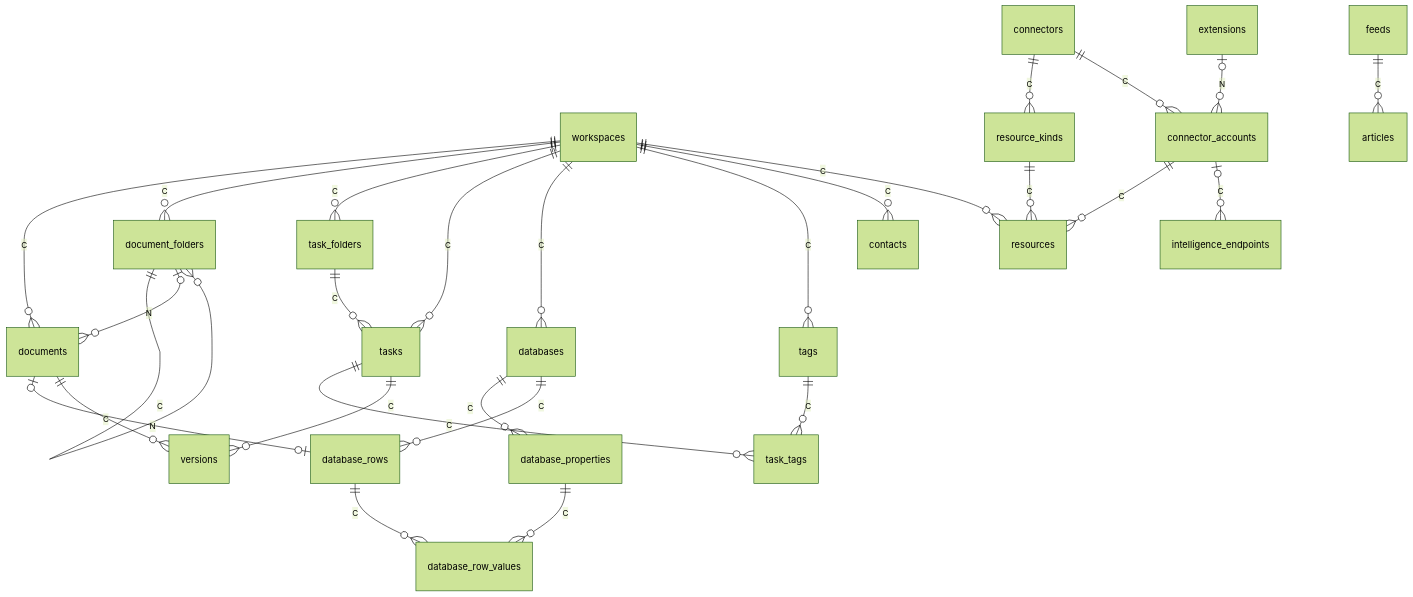
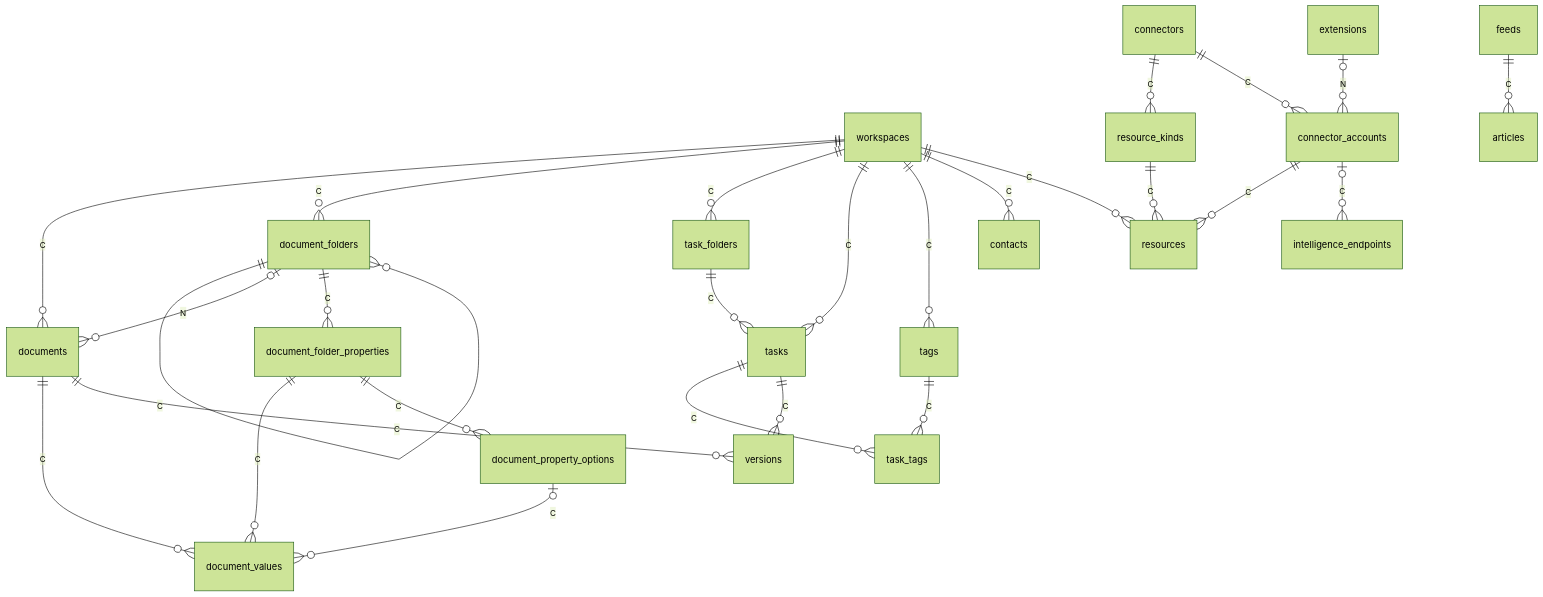
Before and after one commit to cohesionhq/cohesion: the sixth of 10 diagrams in docs/architecture.md, drawn with Mermaid (forest theme). The commit also changed other lines of this file and 135 other files, not shown here.

````diff
--- a/docs/architecture.md
+++ b/docs/architecture.md
@@ -1045,30 +1108,29 @@
 ```mermaid
 erDiagram
   workspaces ||--o{ documents : C
   workspaces ||--o{ document_folders : C
   document_folders ||--o{ document_folders : C
   document_folders |o--o{ documents : N
   workspaces ||--o{ task_folders : C
   workspaces ||--o{ tasks : C
-  workspaces ||--o{ databases : C
-  databases ||--o{ database_properties : C
-  databases ||--o{ database_rows : C
-  database_rows ||--o{ database_row_values : C
-  database_properties ||--o{ database_row_values : C
-  documents |o--o| database_rows : N
+  document_folders ||--o{ document_folder_properties : C
+  document_folder_properties ||--o{ document_values : C
+  document_folder_properties ||--o{ document_property_options : C
+  document_property_options |o--o{ document_values : C
+  documents ||--o{ document_values : C
   task_folders ||--o{ tasks : C
   workspaces ||--o{ tags : C
   tasks ||--o{ task_tags : C
   tags ||--o{ task_tags : C
   workspaces ||--o{ contacts : C
   tasks ||--o{ versions : C
   documents ||--o{ versions : C
   workspaces ||--o{ resources : C
   connector_accounts ||--o{ resources : C
   resource_kinds ||--o{ resources : C
   connectors ||--o{ resource_kinds : C
   connectors ||--o{ connector_accounts : C
   extensions |o--o{ connector_accounts : N
   connector_accounts |o--o{ intelligence_endpoints : C
   feeds ||--o{ articles : C
 ```
````
